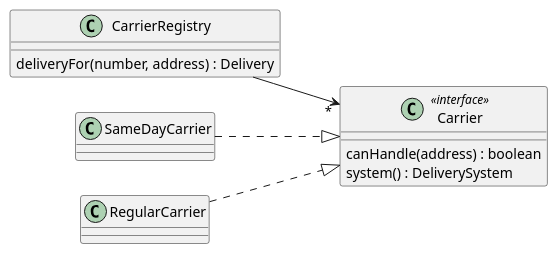
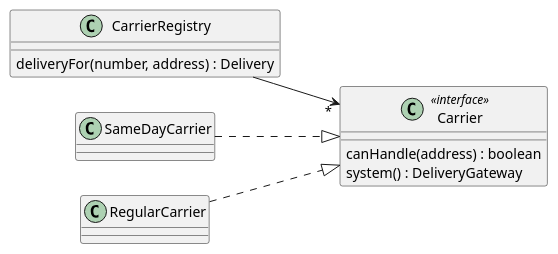
Before and after one commit to YoungSan77/TrainingMaterials: the third of 6 diagrams in courses/ooad/sessions/s09.md, drawn with PlantUML. The commit also changed other lines of this file and 154 other files, not shown here.

````diff
--- a/courses/ooad/sessions/s09.md
+++ b/courses/ooad/sessions/s09.md
@@ -223,17 +223,17 @@
 ```plantuml:class
 @startuml
 left to right direction
 class "CarrierRegistry" as R {
   deliveryFor(number, address) : Delivery
 }
 class "Carrier" as C <<interface>> {
   canHandle(address) : boolean
-  system() : DeliverySystem
+  system() : DeliveryGateway
 }
 class "SameDayCarrier" as S
 class "RegularCarrier" as G
 R --> "*" C
 S ..|> C
 G ..|> C
 @enduml
 ```
````
